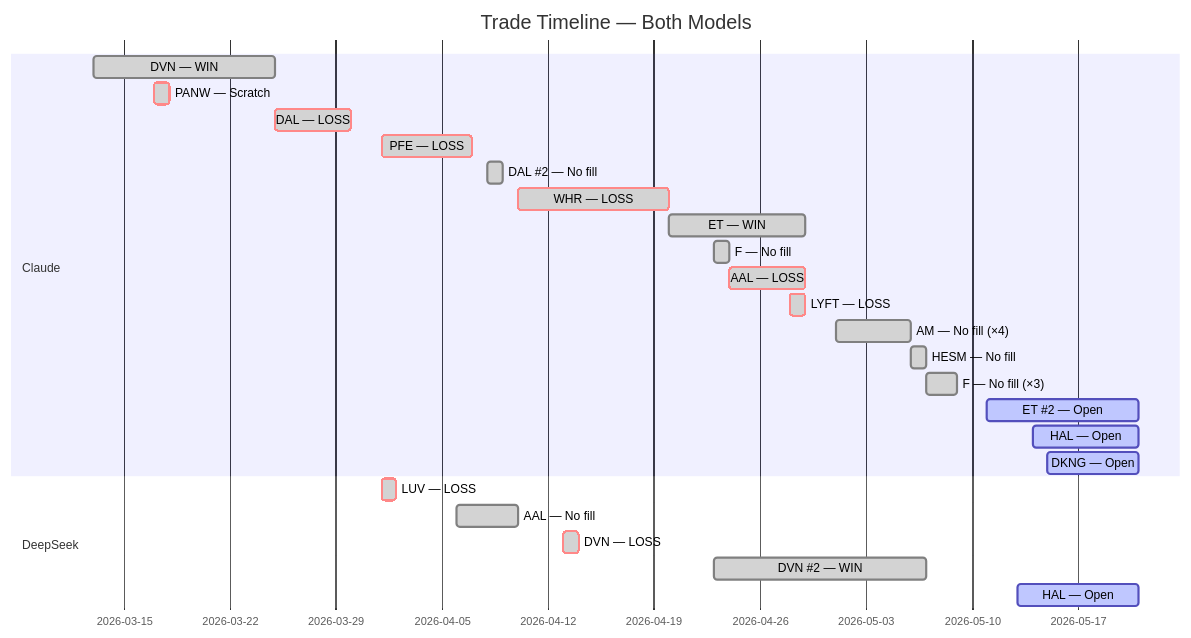
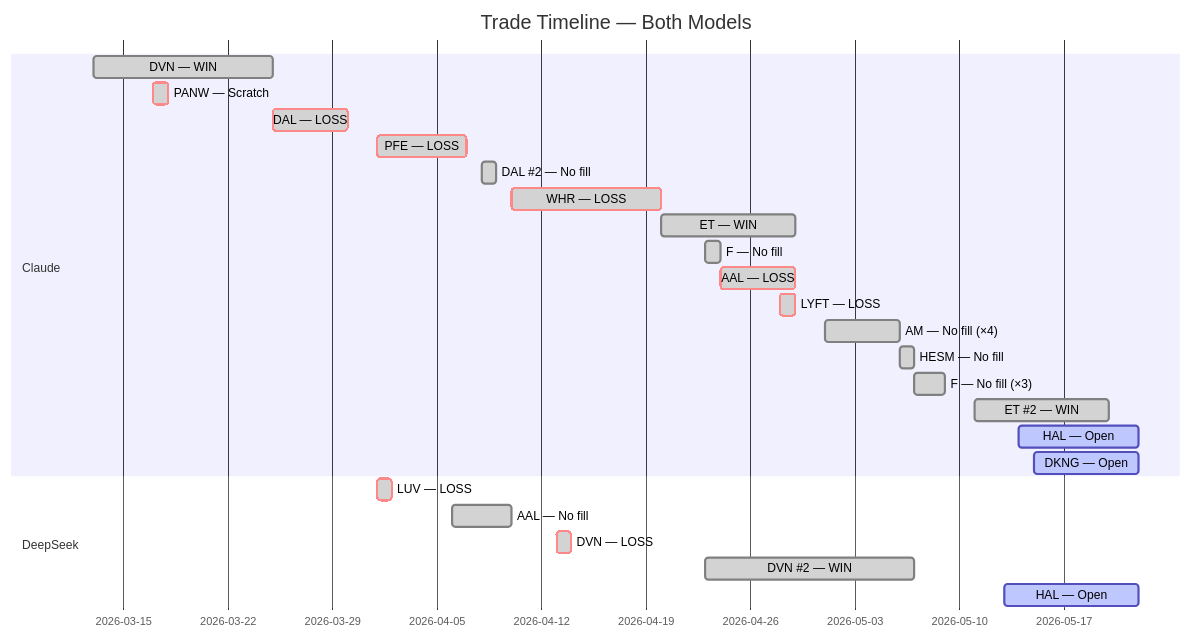
One commit to zachisit/ai-auto-buy-thesis changed the fifth of 5 diagrams in README.md. Above: the diagram before and after it, drawn with Mermaid. The commit also changed other lines of this file and 6 other files, not shown here.

````diff
--- a/README.md
+++ b/README.md
@@ -63,28 +63,28 @@
 ```mermaid
 gantt
     title Trade Timeline — Both Models
     dateFormat YYYY-MM-DD
     section Claude
     DVN — WIN            :done,    2026-03-13, 2026-03-25
     PANW — Scratch       :crit, done, 2026-03-17, 2026-03-18
     DAL — LOSS           :crit, done, 2026-03-25, 2026-03-30
     PFE — LOSS           :crit, done, 2026-04-01, 2026-04-07
     DAL #2 — No fill     :done,    2026-04-08, 2026-04-09
     WHR — LOSS           :crit, done, 2026-04-10, 2026-04-20
     ET — WIN             :done,    2026-04-20, 2026-04-29
     F — No fill          :done,    2026-04-23, 2026-04-24
     AAL — LOSS           :crit, done, 2026-04-24, 2026-04-29
     LYFT — LOSS          :crit, done, 2026-04-28, 2026-04-29
     AM — No fill (×4)    :done,    2026-05-01, 2026-05-06
     HESM — No fill       :done,    2026-05-06, 2026-05-07
     F — No fill (×3)     :done,    2026-05-07, 2026-05-09
-    ET #2 — Open         :active,  2026-05-11, 2026-05-21
-    HAL — Open           :active,  2026-05-14, 2026-05-21
-    DKNG — Open          :active,  2026-05-15, 2026-05-21
+    ET #2 — WIN          :done,    2026-05-11, 2026-05-20
+    HAL — Open           :active,  2026-05-14, 2026-05-22
+    DKNG — Open          :active,  2026-05-15, 2026-05-22
     section DeepSeek
     LUV — LOSS           :crit, done, 2026-04-01, 2026-04-02
     AAL — No fill        :done,    2026-04-06, 2026-04-10
     DVN — LOSS           :crit, done, 2026-04-13, 2026-04-14
     DVN #2 — WIN         :done,    2026-04-23, 2026-05-07
-    HAL — Open           :active,  2026-05-13, 2026-05-21
+    HAL — Open           :active,  2026-05-13, 2026-05-22
 ```
````
